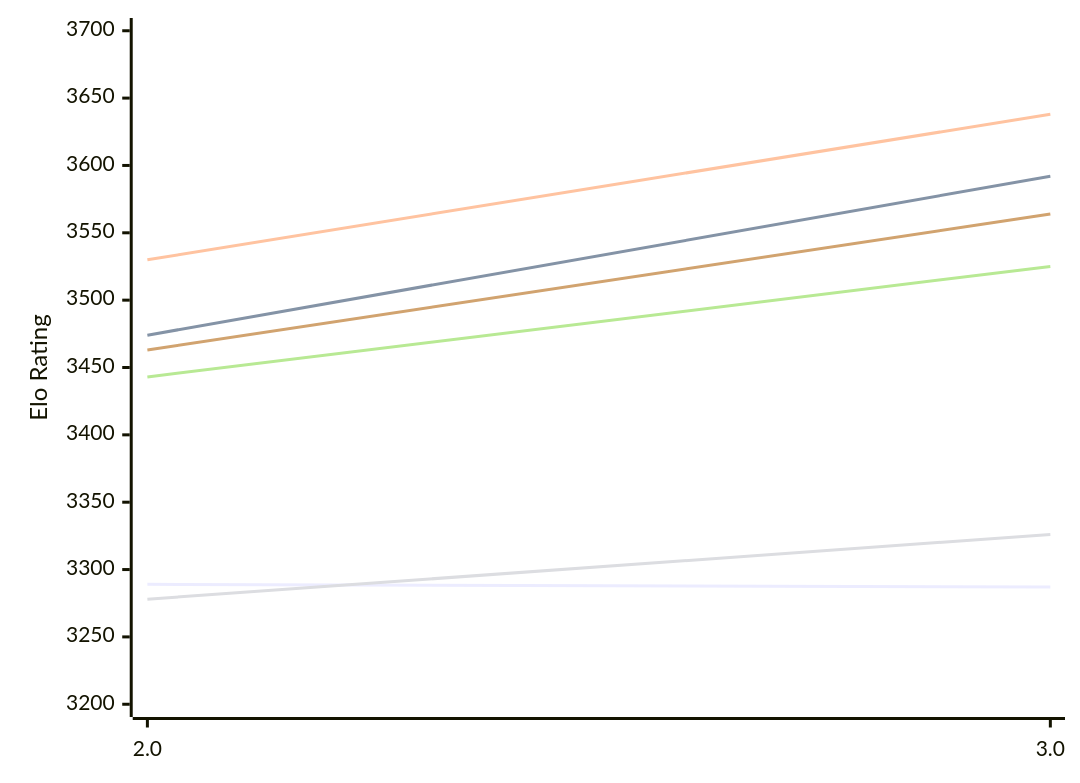
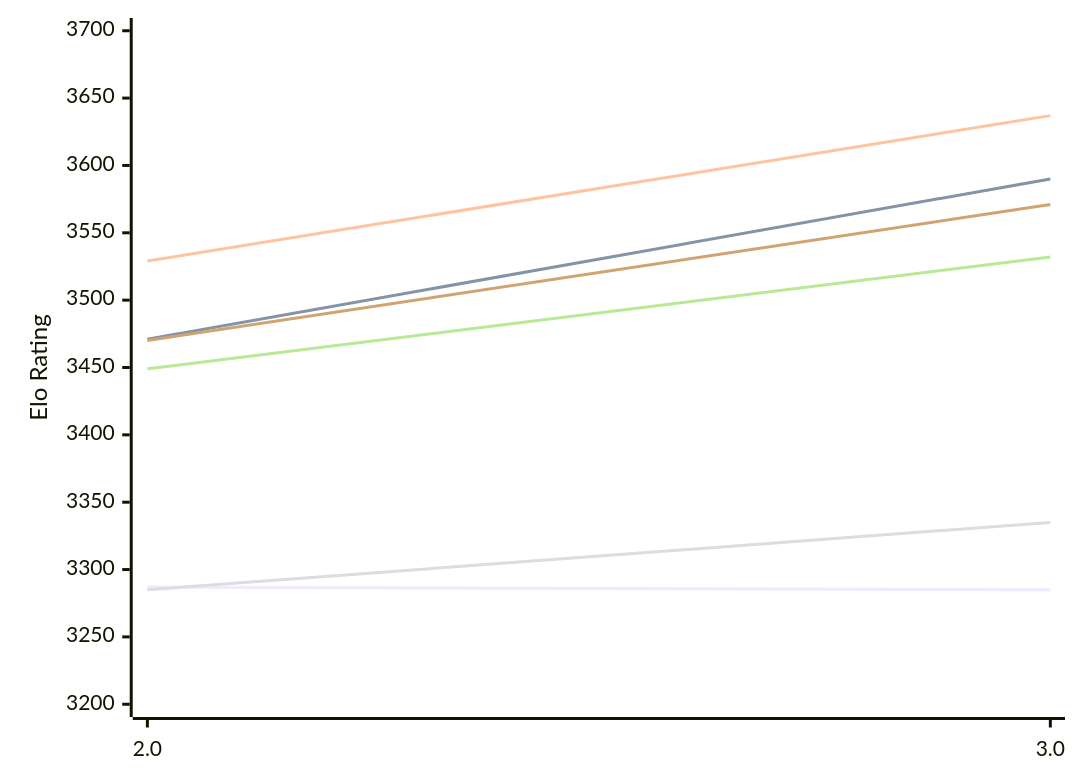
Before and after one commit to computer-chess-index/cci: the first of 2 diagrams in engines/Quanticade.md, drawn with Mermaid. The commit also changed other lines of this file, not shown here.

Commit message:
Update CCI Ratings (ELO VLTC) - 2026-11-23

````diff
--- a/engines/Quanticade.md
+++ b/engines/Quanticade.md
@@ -50,12 +50,12 @@
 ```mermaid
 %%{init: {"theme":"base","themeVariables":{"seriesColors:['#a3a3a3','#222221','#faa371']}}}%%
 xychart-beta
   x-axis ["2.0", "3.0"]
   y-axis "Elo Rating" 3200 --> 3700
-  line "E1: STC (8.0+0.08s)" [3289, 3287]
-  line "E1: LTC (60.0+0.60s)" [3474, 3592]
-  line "E1: VLTC (2m24s+1.12s)" [3530, 3638]
-  line "P1: STC (8.0+0.08s)" [3278, 3326]
-  line "P1: LTC (60.0+0.60s)" [3443, 3525]
-  line "P1: VLTC (2m24s+1.12s)" [3463, 3564]
+  line "E1: STC (8.0+0.08s)" [3287, 3285]
+  line "E1: LTC (60.0+0.60s)" [3471, 3590]
+  line "E1: VLTC (2m24s+1.12s)" [3529, 3637]
+  line "P1: STC (8.0+0.08s)" [3285, 3335]
+  line "P1: LTC (60.0+0.60s)" [3449, 3532]
+  line "P1: VLTC (2m24s+1.12s)" [3470, 3571]
 ```
````
